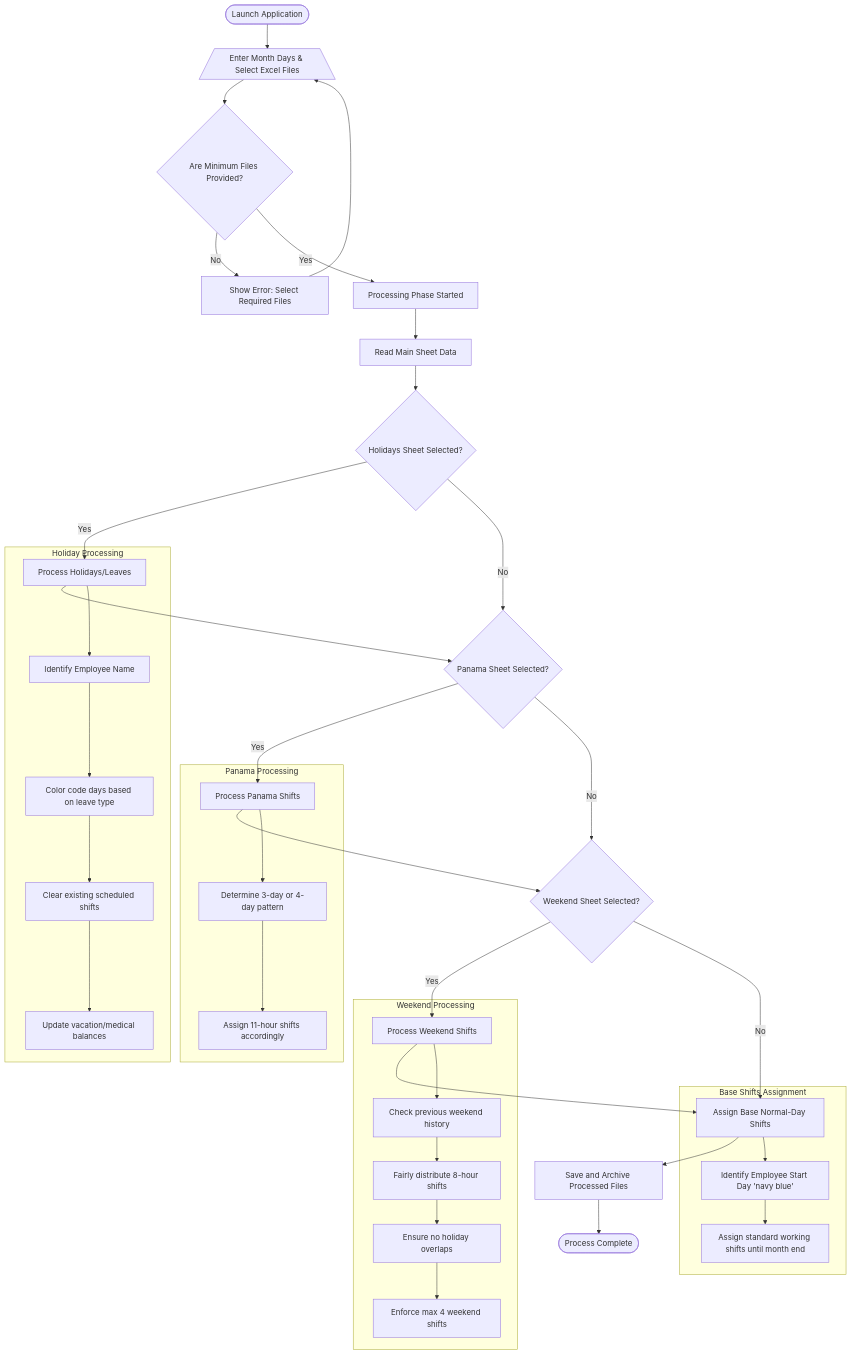
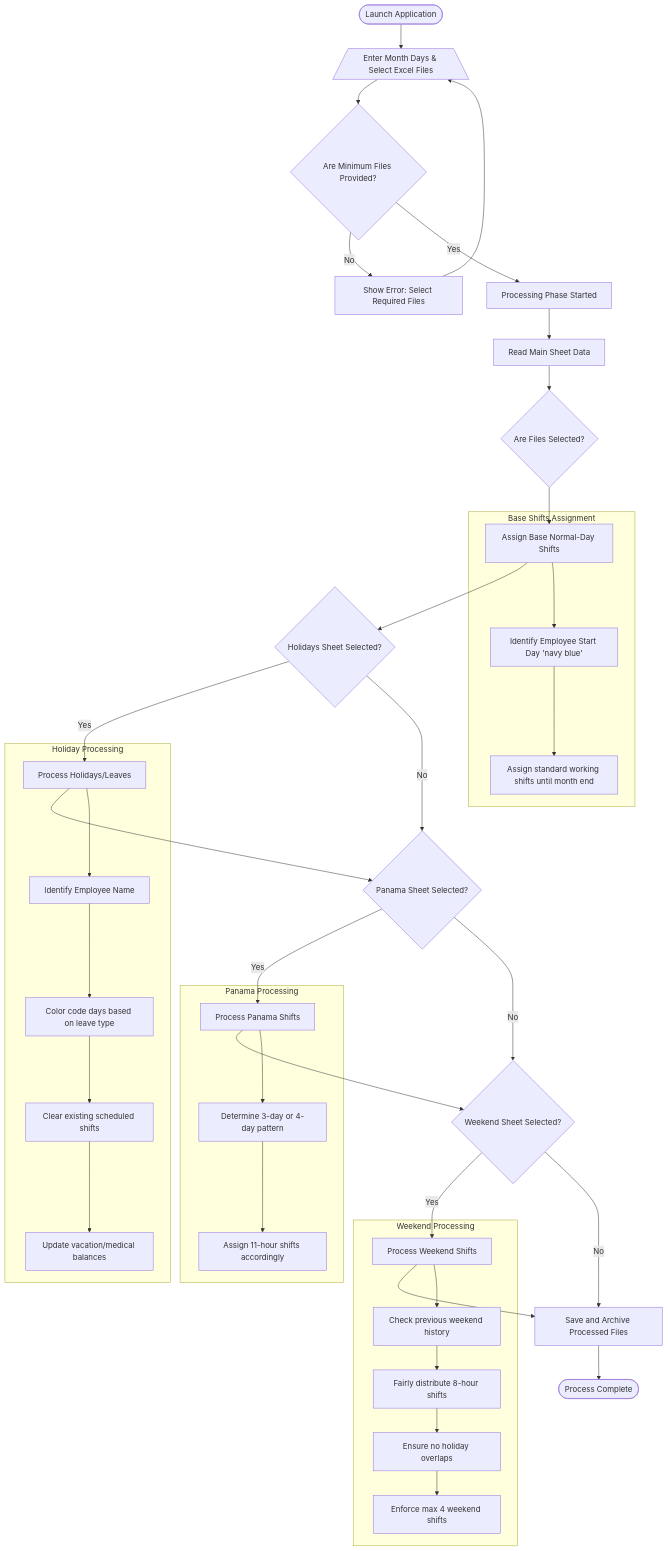
One commit to PirvuStefan/CEC changed the diagram in ProcessFlow.md. Above: the diagram before and after it, drawn with Mermaid. The commit also changed other lines of this file, not shown here.

Commit message:
setting the ProcessFlow.md

````diff
--- a/ProcessFlow.md
+++ b/ProcessFlow.md
@@ -5,60 +5,61 @@
 ```mermaid
 flowchart TD
     Start([Launch Application]) --> InputData
     
     InputData[/Enter Month Days & Select Excel Files\]
     InputData --> Validation{Are Minimum Files Provided?}
     
     Validation -- No --> Error[Show Error: Select Required Files]
     Error --> InputData
     
     Validation -- Yes --> ProcessingPhase[Processing Phase Started]
     
     ProcessingPhase --> MainSheet[Read Main Sheet Data]
     
-    MainSheet --> HolidayCheck{Holidays Sheet Selected?}
+    MainSheet --> SheetsSelected{Are Files Selected?}
+    SheetsSelected --> BaseShifts[Assign Base Normal-Day Shifts]
+    
+    BaseShifts --> HolidayCheck{Holidays Sheet Selected?}
     HolidayCheck -- Yes --> ProcessHolidays[Process Holidays/Leaves]
     ProcessHolidays --> PanamaCheck
     HolidayCheck -- No --> PanamaCheck
     
     PanamaCheck{Panama Sheet Selected?}
     PanamaCheck -- Yes --> ProcessPanama[Process Panama Shifts]
     ProcessPanama --> WeekendCheck
     PanamaCheck -- No --> WeekendCheck
     
     WeekendCheck{Weekend Sheet Selected?}
     WeekendCheck -- Yes --> ProcessWeekends[Process Weekend Shifts]
-    ProcessWeekends --> BaseShifts
-    WeekendCheck -- No --> BaseShifts
+    ProcessWeekends --> Archiving
+    WeekendCheck -- No --> Archiving
     
-    BaseShifts[Assign Base Normal-Day Shifts]
-    
-    BaseShifts --> Archiving[Save and Archive Processed Files]
+    Archiving[Save and Archive Processed Files]
     Archiving --> End([Process Complete])
     
     %% Sub-processes details
     
     subgraph Holiday Processing
         ProcessHolidays --> IdentifyEmployee[Identify Employee Name]
         IdentifyEmployee --> MarkDays[Color code days based on leave type]
         MarkDays --> ClearShifts[Clear existing scheduled shifts]
         ClearShifts --> UpdateCounters[Update vacation/medical balances]
     end
     
     subgraph Panama Processing
         ProcessPanama --> ReadPanama[Determine 3-day or 4-day pattern]
         ReadPanama --> AssignPanama[Assign 11-hour shifts accordingly]
     end
     
     subgraph Weekend Processing
         ProcessWeekends --> CheckHistory[Check previous weekend history]
         CheckHistory --> AllocateShifts[Fairly distribute 8-hour shifts]
         AllocateShifts --> CheckConflicts[Ensure no holiday overlaps]
         CheckConflicts --> CapShifts[Enforce max 4 weekend shifts]
     end
     
     subgraph Base Shifts Assignment
         BaseShifts --> FindStartDay[Identify Employee Start Day 'navy blue']
         FindStartDay --> AssignNormal[Assign standard working shifts until month end]
     end
 ```
````
